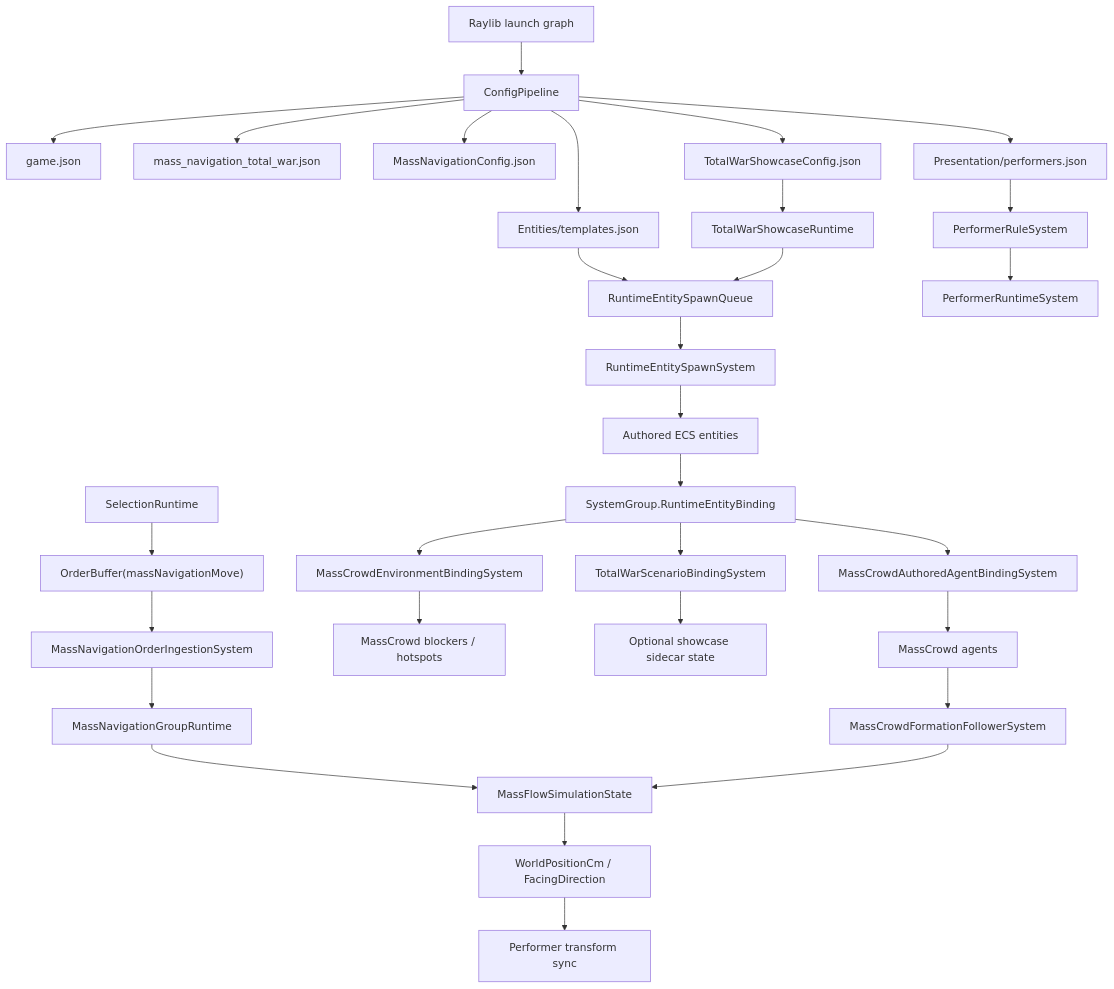
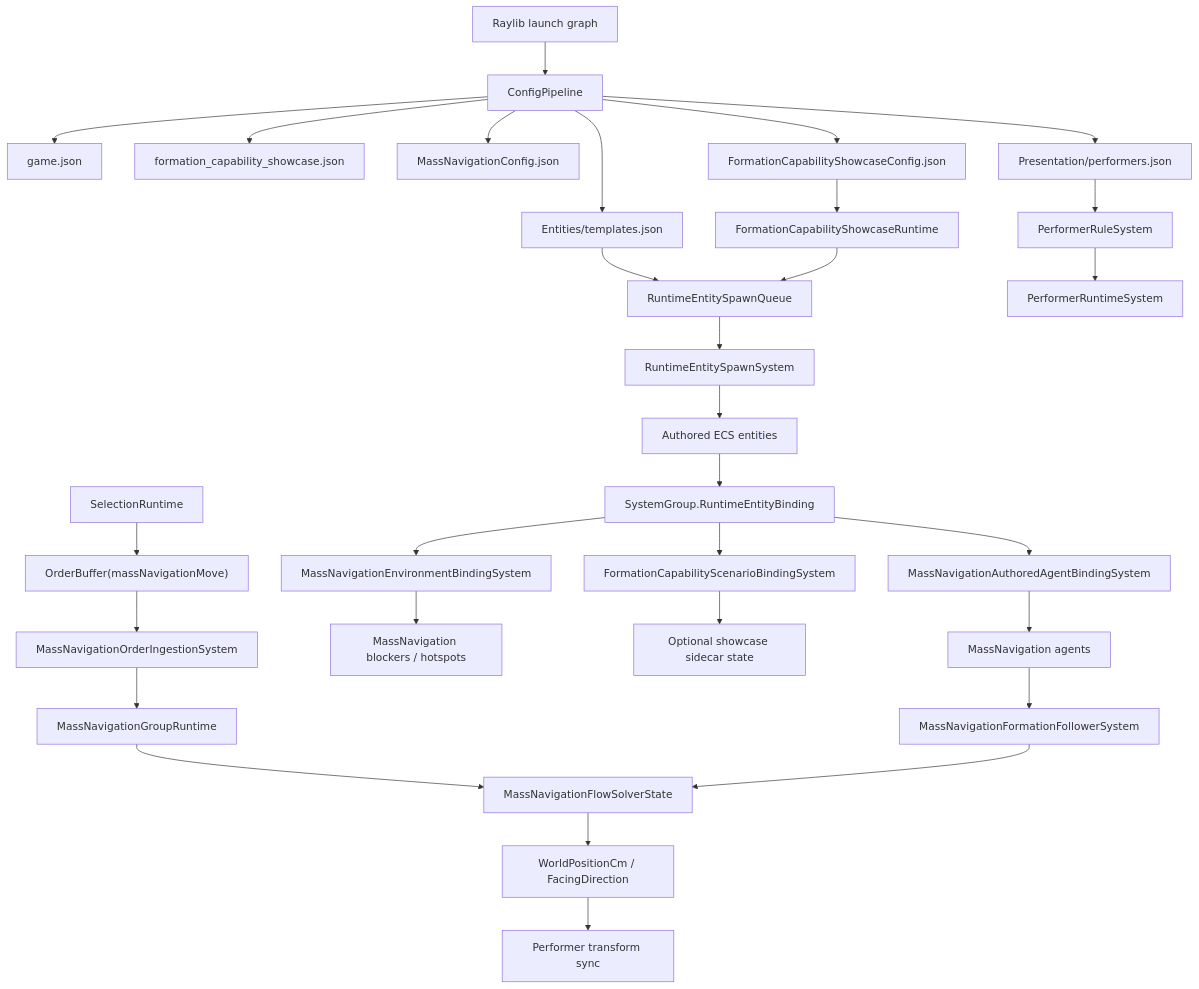
The first of 2 diagrams in gitbook/reference/mass-navigation-formal-chain.md (MightyBubble/Ludots), drawn with Mermaid before and after one commit. The commit also changed other lines of this file and 271 other files, not shown here.

Commit message:
Complete mass navigation remediation epic

````diff
--- a/gitbook/reference/mass-navigation-formal-chain.md
+++ b/gitbook/reference/mass-navigation-formal-chain.md
@@ -40,35 +40,35 @@
 ```mermaid
 flowchart TD
     Launch["Raylib launch graph"] --> Config["ConfigPipeline"]
     Config --> GameJson["game.json"]
-    Config --> Map["mass_navigation_total_war.json"]
+    Config --> Map["formation_capability_showcase.json"]
     Config --> NavConfig["MassNavigationConfig.json"]
-    Config --> TwConfig["TotalWarShowcaseConfig.json"]
+    Config --> TwConfig["FormationCapabilityShowcaseConfig.json"]
     Config --> Templates["Entities/templates.json"]
     Config --> Performers["Presentation/performers.json"]
 
-    TwConfig --> Runtime["TotalWarShowcaseRuntime"]
+    TwConfig --> Runtime["FormationCapabilityShowcaseRuntime"]
     Templates --> SpawnQueue["RuntimeEntitySpawnQueue"]
     Runtime --> SpawnQueue
     SpawnQueue --> SpawnSystem["RuntimeEntitySpawnSystem"]
     SpawnSystem --> World["Authored ECS entities"]
     World --> BindingGroup["SystemGroup.RuntimeEntityBinding"]
-    BindingGroup --> AgentBinding["MassCrowdAuthoredAgentBindingSystem"]
-    BindingGroup --> EnvBinding["MassCrowdEnvironmentBindingSystem"]
-    BindingGroup --> TwBinding["TotalWarScenarioBindingSystem"]
+    BindingGroup --> AgentBinding["MassNavigationAuthoredAgentBindingSystem"]
+    BindingGroup --> EnvBinding["MassNavigationEnvironmentBindingSystem"]
+    BindingGroup --> TwBinding["FormationCapabilityScenarioBindingSystem"]
 
-    AgentBinding --> Agents["MassCrowd agents"]
-    EnvBinding --> Obstacles["MassCrowd blockers / hotspots"]
+    AgentBinding --> Agents["MassNavigation agents"]
+    EnvBinding --> Obstacles["MassNavigation blockers / hotspots"]
     TwBinding --> Formations["Optional showcase sidecar state"]
-    Agents --> FollowerSync["MassCrowdFormationFollowerSystem"]
+    Agents --> FollowerSync["MassNavigationFormationFollowerSystem"]
 
     Selection["SelectionRuntime"] --> Orders["OrderBuffer(massNavigationMove)"]
     Orders --> Ingestion["MassNavigationOrderIngestionSystem"]
     Ingestion --> Groups["MassNavigationGroupRuntime"]
-    Groups --> Solver["MassFlowSimulationState"]
+    Groups --> Solver["MassNavigationFlowSolverState"]
     FollowerSync --> Solver
     Solver --> EcsState["WorldPositionCm / FacingDirection"]
     EcsState --> PerformerSync["Performer transform sync"]
     Performers --> PerformerRules["PerformerRuleSystem"]
     PerformerRules --> PerformerRuntime["PerformerRuntimeSystem"]
 ```
````
